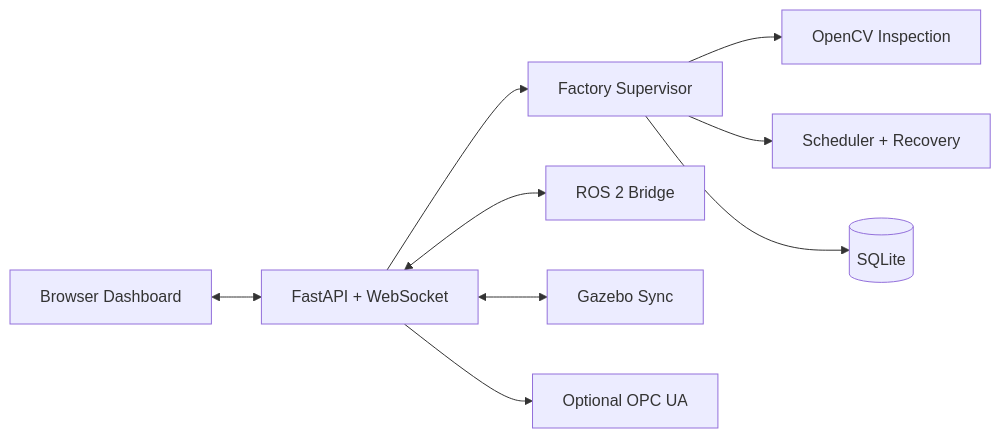
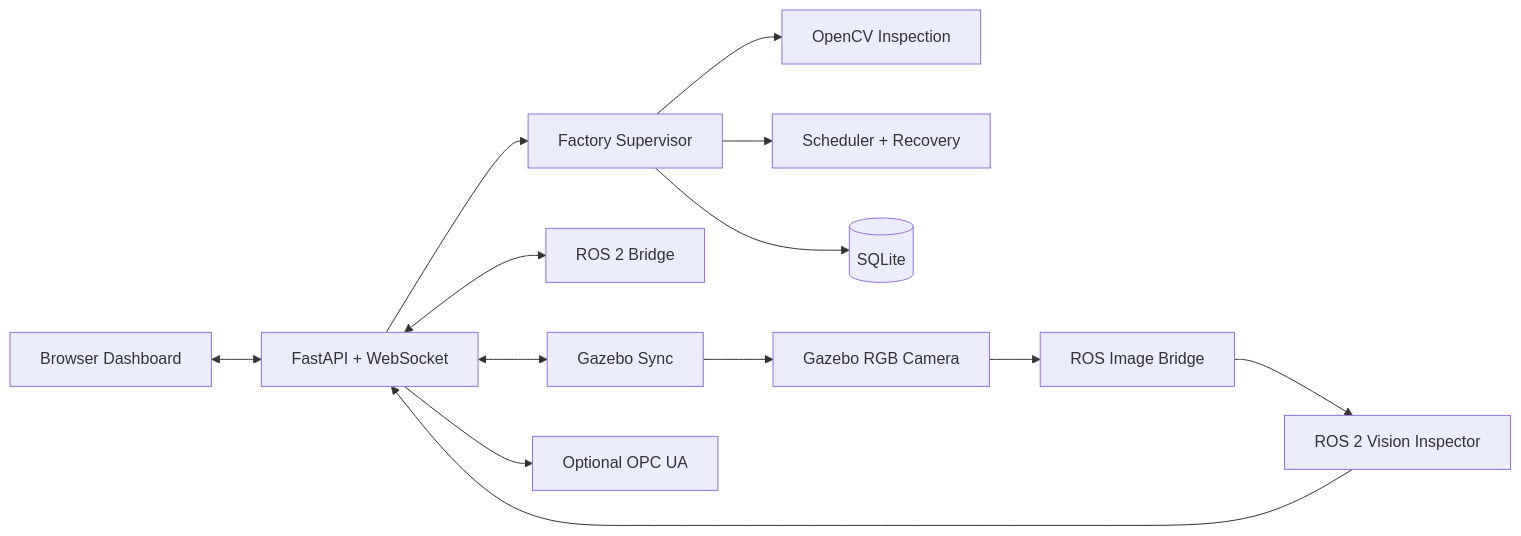
The diagram in README.md (jalal006/reconfactory-digital-twin), drawn with Mermaid before and after one commit. The commit also changed other lines of this file and 31 other files, not shown here.

First line of the commit message:
Add Gazebo camera perception and improve factory synchronization

````diff
--- a/README.md
+++ b/README.md
@@ -41,11 +59,15 @@
 ```mermaid
 flowchart LR
     UI[Browser Dashboard] <--> API[FastAPI + WebSocket]
     API --> SUP[Factory Supervisor]
     SUP --> VIS[OpenCV Inspection]
     SUP --> SCH[Scheduler + Recovery]
     SUP --> DB[(SQLite)]
     API <--> ROS[ROS 2 Bridge]
     API <--> GZ[Gazebo Sync]
+    GZ --> CAM[Gazebo RGB Camera]
+    CAM --> ROSIMG[ROS Image Bridge]
+    ROSIMG --> VISNODE[ROS 2 Vision Inspector]
+    VISNODE --> API
     API --> OPC[Optional OPC UA]
 ```
````
